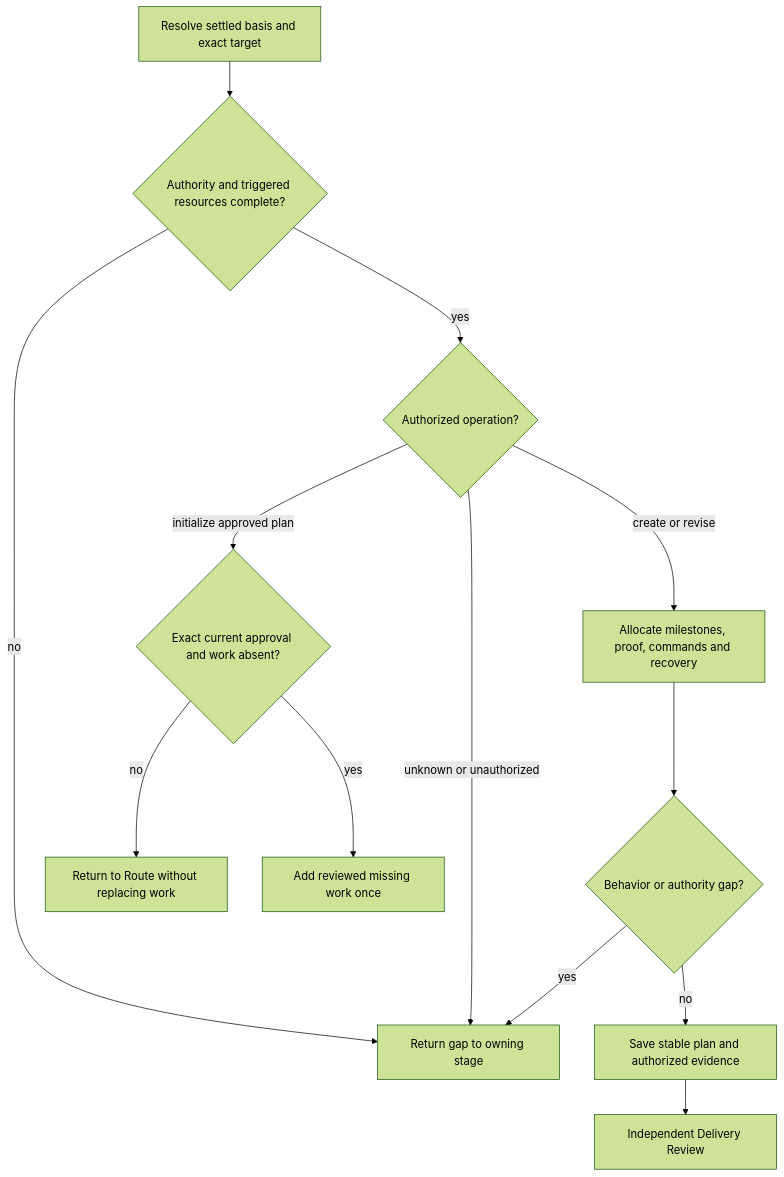
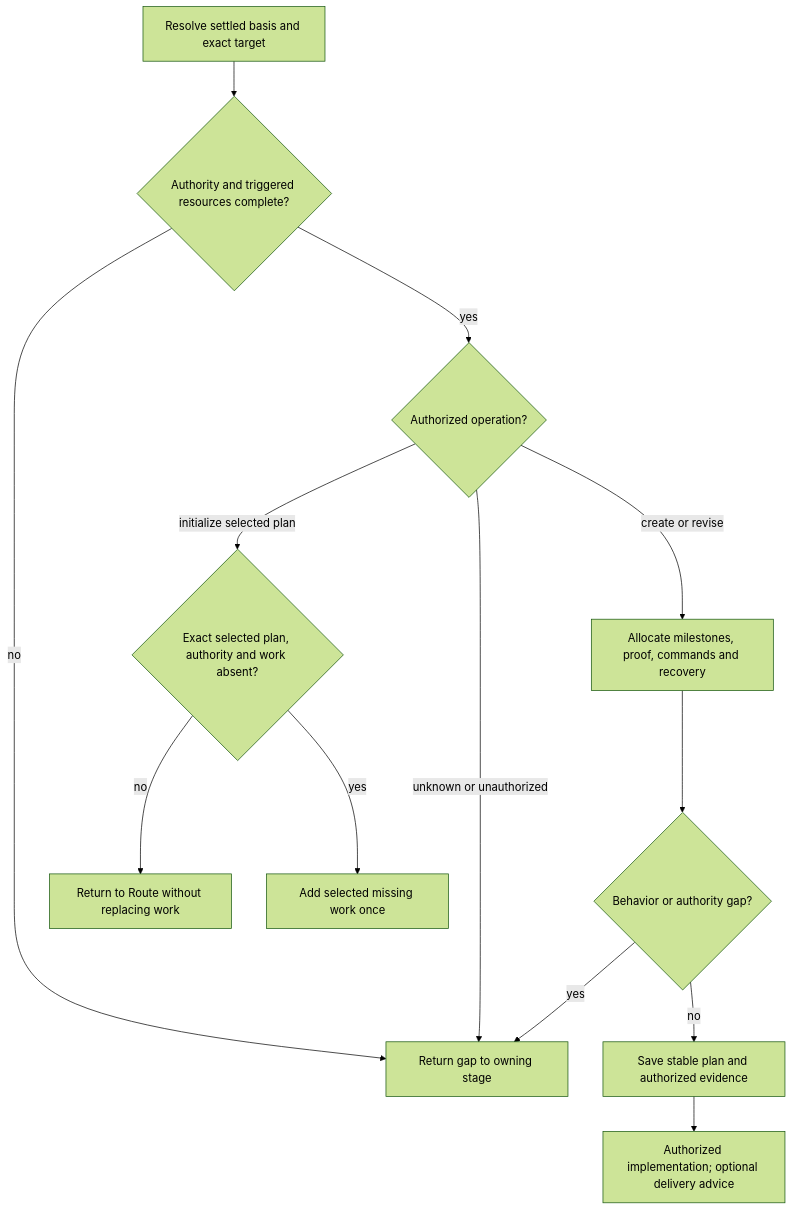
Before and after one commit to xiongxianfei/rigorloop: the third of 3 diagrams in design/architecture/modules/MOD-017-engineering-governance/modules/MOD-006-engineering-change-control/planning.md, drawn with Mermaid (forest theme). The commit also changed other lines of this file and 166 other files, not shown here.

````diff
--- a/design/architecture/modules/MOD-017-engineering-governance/modules/MOD-006-engineering-change-control/planning.md
+++ b/design/architecture/modules/MOD-017-engineering-governance/modules/MOD-006-engineering-change-control/planning.md
@@ -97,15 +97,15 @@
 ```mermaid
 flowchart TB
     Input["Resolve settled basis and exact target"] --> Resources{"Authority and triggered resources complete?"}
     Resources -->|"no"| Owner
     Resources -->|"yes"| Action{"Authorized operation?"}
     Action -->|"unknown or unauthorized"| Owner
     Action -->|"create or revise"| Allocate["Allocate milestones, proof, commands and recovery"]
     Allocate --> Gap{"Behavior or authority gap?"}
     Gap -->|"yes"| Owner["Return gap to owning stage"]
     Gap -->|"no"| Save["Save stable plan and authorized evidence"]
-    Save --> Review["Independent Delivery Review"]
-    Action -->|"initialize approved plan"| Current{"Exact current approval and work absent?"}
+    Save --> Continue["Authorized implementation; optional delivery advice"]
+    Action -->|"initialize selected plan"| Current{"Exact selected plan, authority and work absent?"}
     Current -->|"no"| Route["Return to Route without replacing work"]
-    Current -->|"yes"| Init["Add reviewed missing work once"]
+    Current -->|"yes"| Init["Add selected missing work once"]
 ```
````
